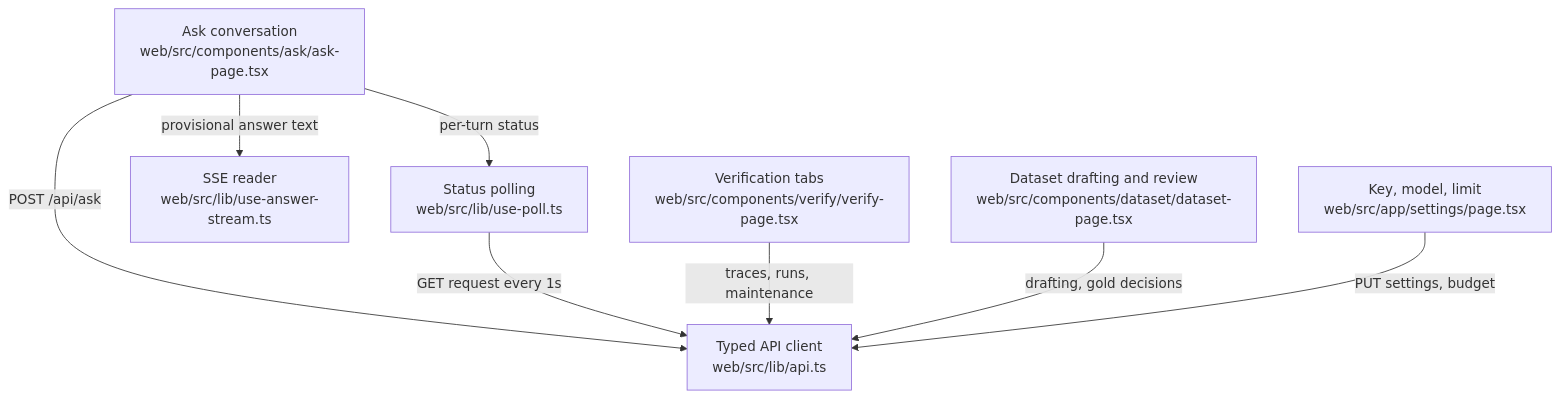
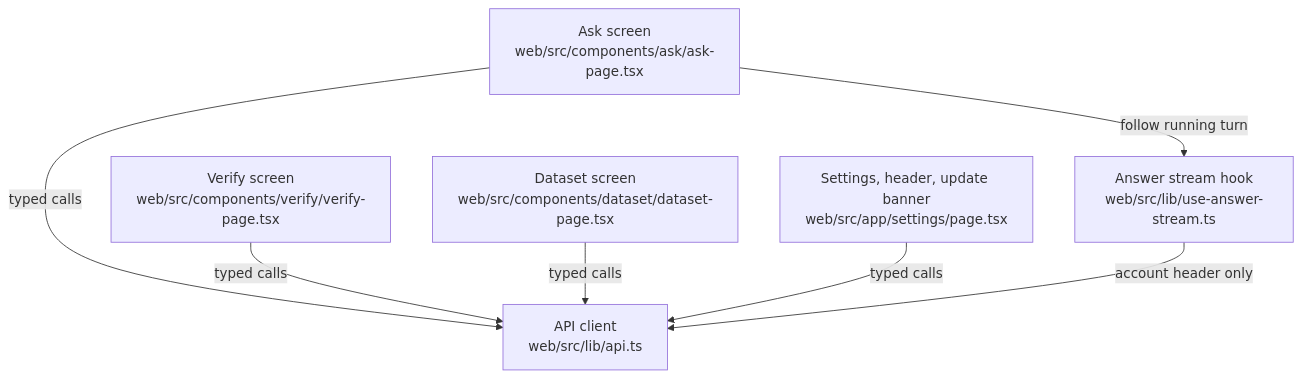
The diagram in .omm/overall-architecture/web-screens/diagram.mmd (littleeeeebit/project-codeit-mid), drawn with Mermaid before and after one commit. The commit also changed 405 other files, not shown here.

```diff
--- a/.omm/overall-architecture/web-screens/diagram.mmd
+++ b/.omm/overall-architecture/web-screens/diagram.mmd
@@ -1,8 +1,7 @@
 graph TD
-  ask-page["Ask conversation\nweb/src/components/ask/ask-page.tsx"] -->|POST /api/ask| api-client["Typed API client\nweb/src/lib/api.ts"]
-  ask-page -->|per-turn status| status-poll["Status polling\nweb/src/lib/use-poll.ts"]
-  ask-page -->|provisional answer text| answer-stream["SSE reader\nweb/src/lib/use-answer-stream.ts"]
-  status-poll -->|GET request every 1s| api-client
-  verify-page["Verification tabs\nweb/src/components/verify/verify-page.tsx"] -->|traces, runs, maintenance| api-client
-  dataset-page["Dataset drafting and review\nweb/src/components/dataset/dataset-page.tsx"] -->|drafting, gold decisions| api-client
-  settings-page["Key, model, limit\nweb/src/app/settings/page.tsx"] -->|PUT settings, budget| api-client
+  ask-page["Ask screen\nweb/src/components/ask/ask-page.tsx"] -->|"typed calls"| api-client["API client\nweb/src/lib/api.ts"]
+  ask-page -->|"follow running turn"| answer-stream["Answer stream hook\nweb/src/lib/use-answer-stream.ts"]
+  verify-page["Verify screen\nweb/src/components/verify/verify-page.tsx"] -->|"typed calls"| api-client
+  dataset-page["Dataset screen\nweb/src/components/dataset/dataset-page.tsx"] -->|"typed calls"| api-client
+  settings-and-header["Settings, header, update banner\nweb/src/app/settings/page.tsx"] -->|"typed calls"| api-client
+  answer-stream -->|"account header only"| api-client
```
